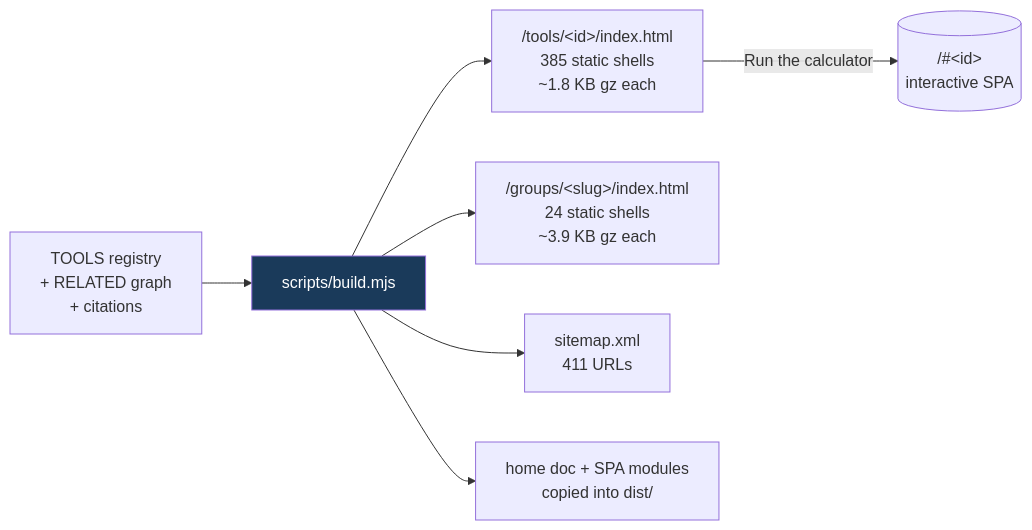
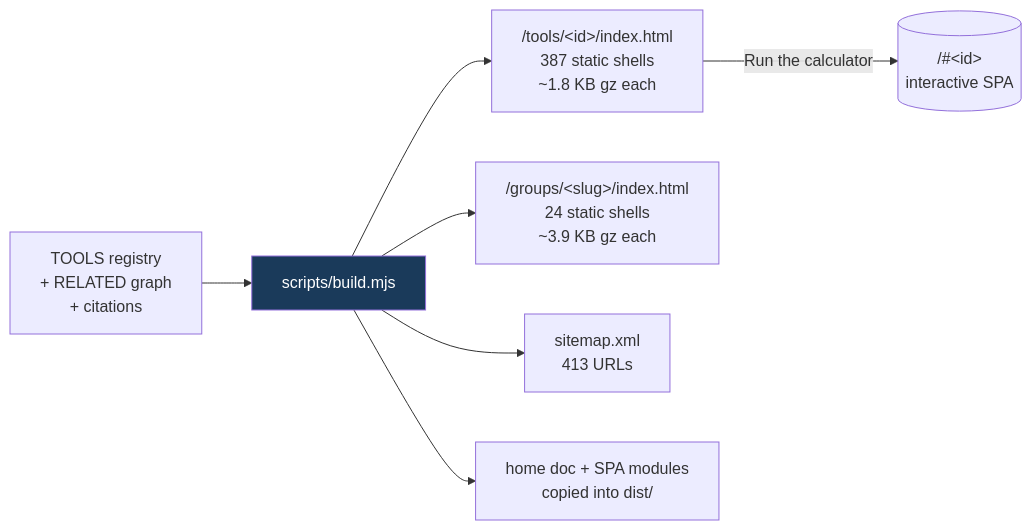
The third of 5 diagrams in README.md (clay-good/roughlogic.com), drawn with Mermaid before and after one commit. The commit also changed other lines of this file and 16 other files, not shown here.

````diff
--- a/README.md
+++ b/README.md
@@ -180,10 +180,10 @@
 ```mermaid
 flowchart LR
     SRC[TOOLS registry\n+ RELATED graph\n+ citations] --> BUILD[scripts/build.mjs]
-    BUILD --> TILE["/tools/&lt;id&gt;/index.html\n385 static shells\n~1.8 KB gz each"]
+    BUILD --> TILE["/tools/&lt;id&gt;/index.html\n387 static shells\n~1.8 KB gz each"]
     BUILD --> GROUP["/groups/&lt;slug&gt;/index.html\n24 static shells\n~3.9 KB gz each"]
-    BUILD --> MAP["sitemap.xml\n411 URLs"]
+    BUILD --> MAP["sitemap.xml\n413 URLs"]
     BUILD --> COPY[home doc + SPA modules\ncopied into dist/]
     TILE -->|Run the calculator| SPA[("/#&lt;id&gt;\ninteractive SPA")]
     style BUILD fill:#1a3a5a,color:#fff
 ```
````
